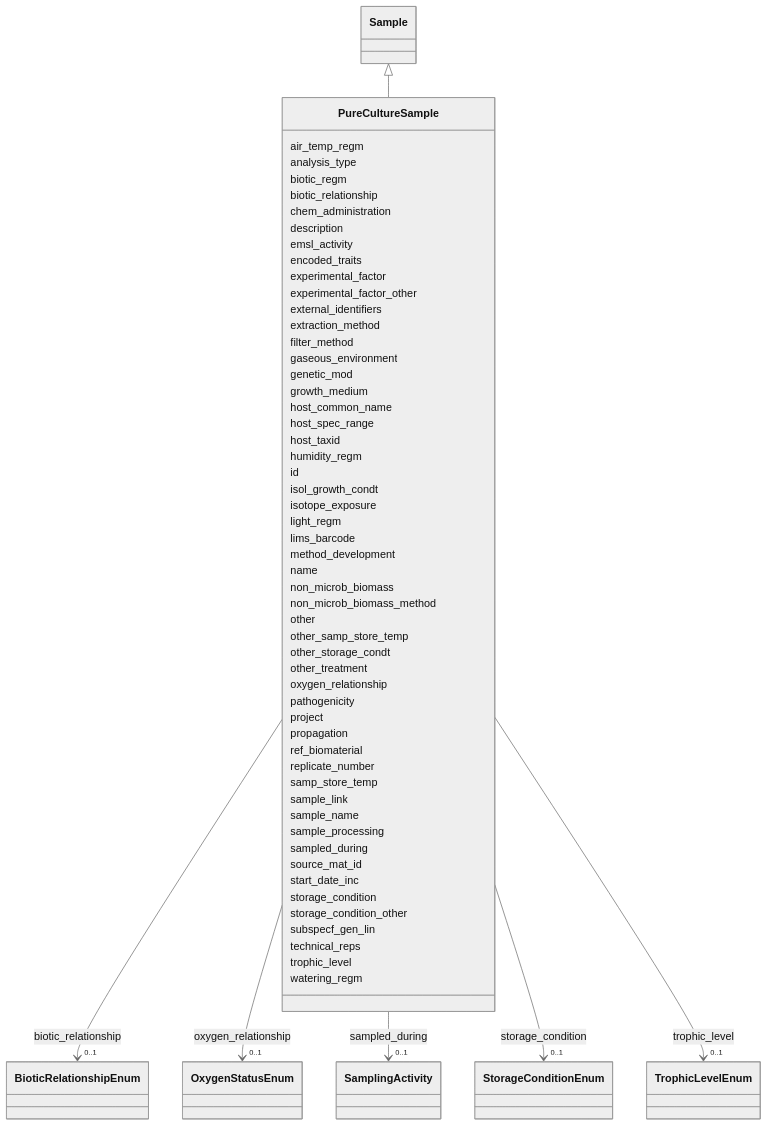
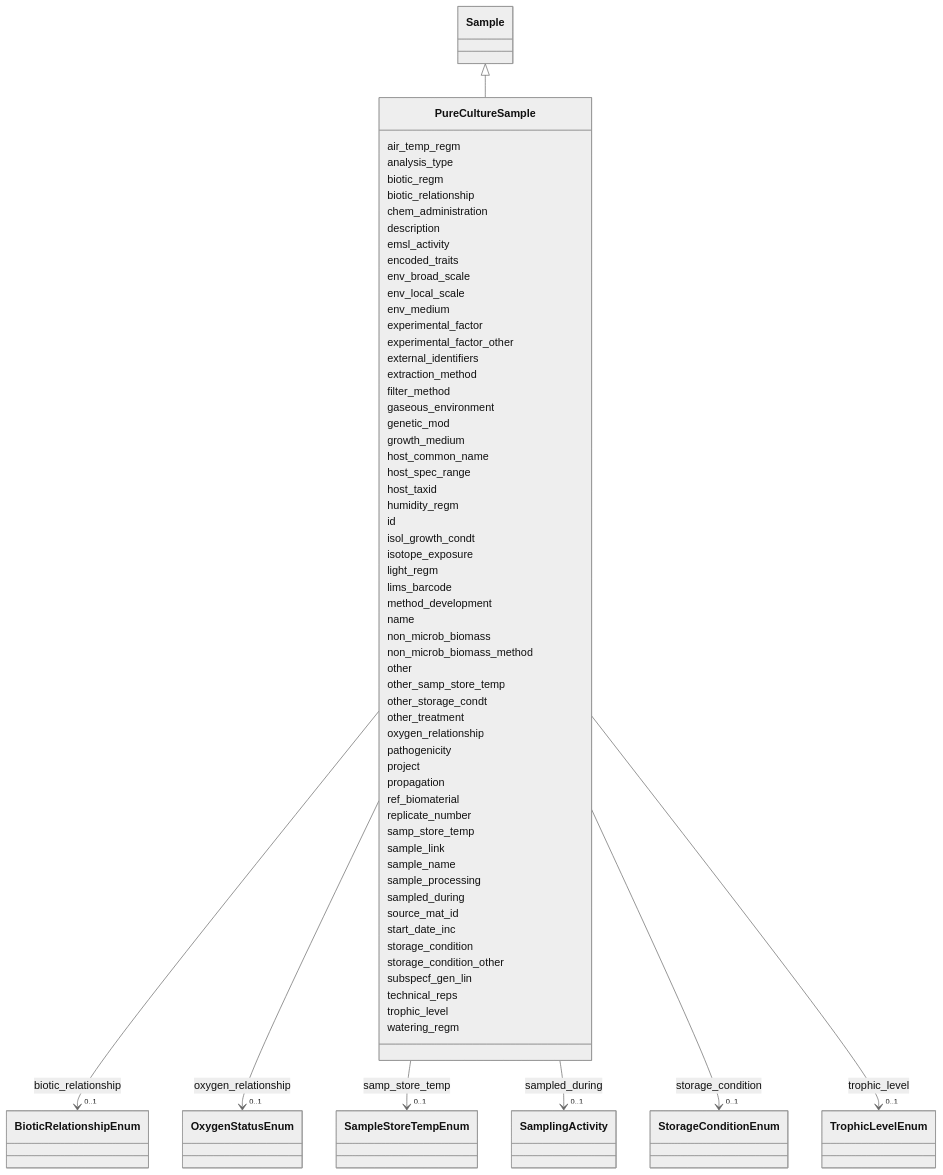
Before and after one commit to EMSL-Computing/BASALT-Schema: the diagram in docs/elements/PureCultureSample.md, drawn with Mermaid (neutral theme). The commit also changed other lines of this file and 388 other files, not shown here.

```diff
--- a/docs/elements/PureCultureSample.md
+++ b/docs/elements/PureCultureSample.md
@@ -48,6 +48,12 @@
       PureCultureSample : emsl_activity
         
       PureCultureSample : encoded_traits
+        
+      PureCultureSample : env_broad_scale
+        
+      PureCultureSample : env_local_scale
+        
+      PureCultureSample : env_medium
         
       PureCultureSample : experimental_factor
         
@@ -131,6 +137,11 @@
           
     
     
+    
+    
+    PureCultureSample --> "0..1" SampleStoreTempEnum : samp_store_temp
+    click SampleStoreTempEnum href "../SampleStoreTempEnum"
+    
 
         
       PureCultureSample : sample_link
```
